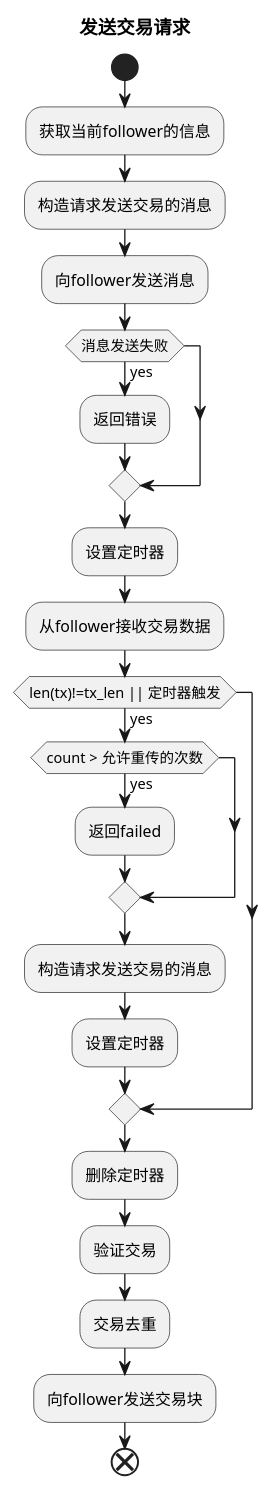
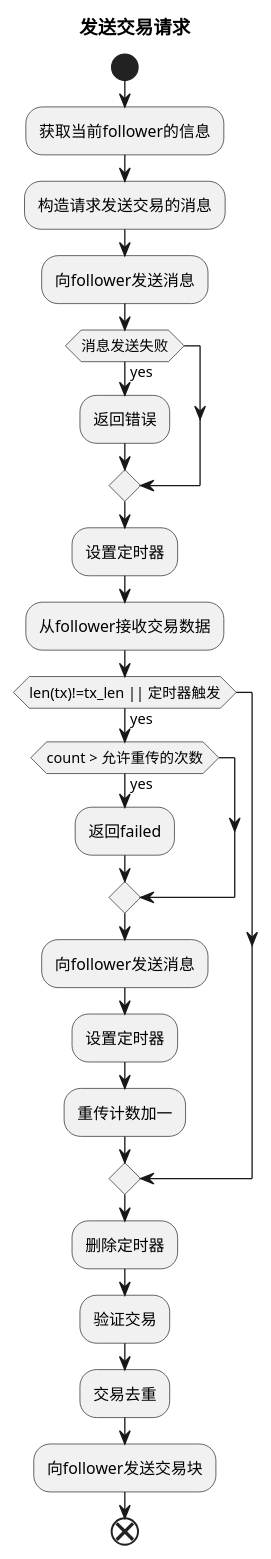
One commit to alvinleee/matrix-work changed the diagram in doc/tx_request.wsd. Above: the diagram before and after it, drawn with PlantUML. The commit also changed 2 other files, not shown here.

Commit message:
添加 follower的流程图并在send_tx和tx_request中加入重传计数

```diff
--- a/doc/tx_request.wsd
+++ b/doc/tx_request.wsd
@@ -1,24 +1,25 @@
 @startuml
 title 发送交易请求
 start
 :获取当前follower的信息;
 :构造请求发送交易的消息;
 :向follower发送消息;
 if (消息发送失败) then (yes)
     :返回错误;
 endif
 :设置定时器;
 :从follower接收交易数据;
 if (len(tx)!=tx_len || 定时器触发) then (yes)
     if (count > 允许重传的次数) then (yes)
         :返回failed;
     endif
-    :构造请求发送交易的消息;
+    :向follower发送消息;
     :设置定时器;
+    :重传计数加一;
 endif
 :删除定时器;
 :验证交易;
 :交易去重;
 :向follower发送交易块;
 end
 @enduml
```
